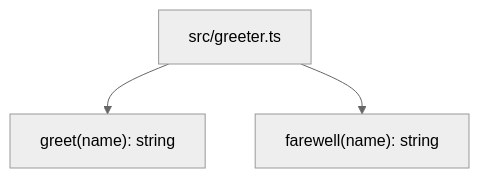
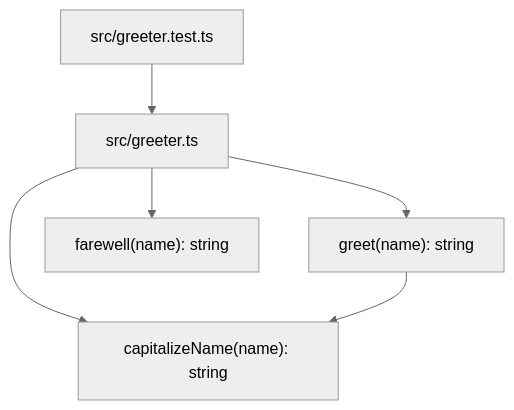
One commit to narmada-chittem/resolver-rules-testbed changed the diagram in .resolver/knowledge/architecture.md. Above: the diagram before and after it, drawn with Mermaid (neutral theme). The commit also changed other lines of this file and 4 other files, not shown here.

````diff
--- a/.resolver/knowledge/architecture.md
+++ b/.resolver/knowledge/architecture.md
@@ -18,9 +20,14 @@
 ```mermaid
 flowchart TD
     greeter["src/greeter.ts"]
+    capitalizeName["capitalizeName(name): string"]
     greet["greet(name): string"]
     farewell["farewell(name): string"]
+    test["src/greeter.test.ts"]
 
+    greeter --> capitalizeName
     greeter --> greet
     greeter --> farewell
+    greet --> capitalizeName
+    test --> greeter
 ```
````
